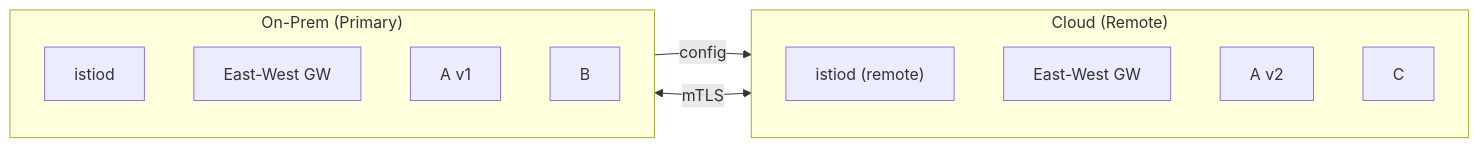
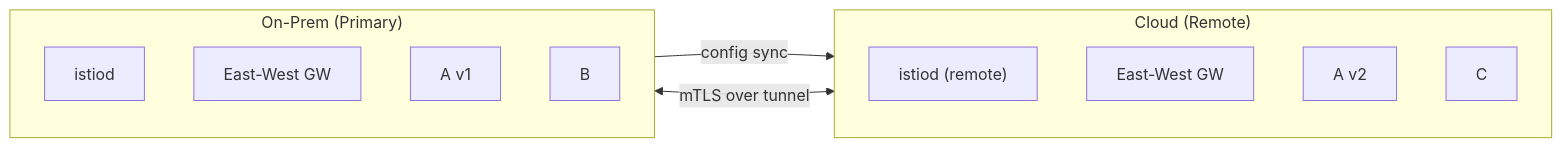
Before and after one commit to kube-dojo/kube-dojo: the fourth of 5 diagrams in src/content/docs/on-premises/resilience/module-8.2-hybrid-connectivity.md, drawn with Mermaid. The commit also changed other lines of this file and 3 other files, not shown here.

````diff
--- a/src/content/docs/on-premises/resilience/module-8.2-hybrid-connectivity.md
+++ b/src/content/docs/on-premises/resilience/module-8.2-hybrid-connectivity.md
@@ -239,21 +279,21 @@
 ```mermaid
 flowchart LR
     subgraph OnPrem["On-Prem (Primary)"]
         direction TB
         istiod1["istiod"]
         ewgw1["East-West GW"]
         svcAv1["A v1"]
         svcB["B"]
     end
 
     subgraph Cloud["Cloud (Remote)"]
         direction TB
         istiod2["istiod (remote)"]
         ewgw2["East-West GW"]
         svcAv2["A v2"]
         svcC["C"]
     end
 
-    istiod1 -->|"config"| istiod2
-    ewgw1 <-->|"mTLS"| ewgw2
+    istiod1 -->|"config sync"| istiod2
+    ewgw1 <-->|"mTLS over tunnel"| ewgw2
 ```
````
